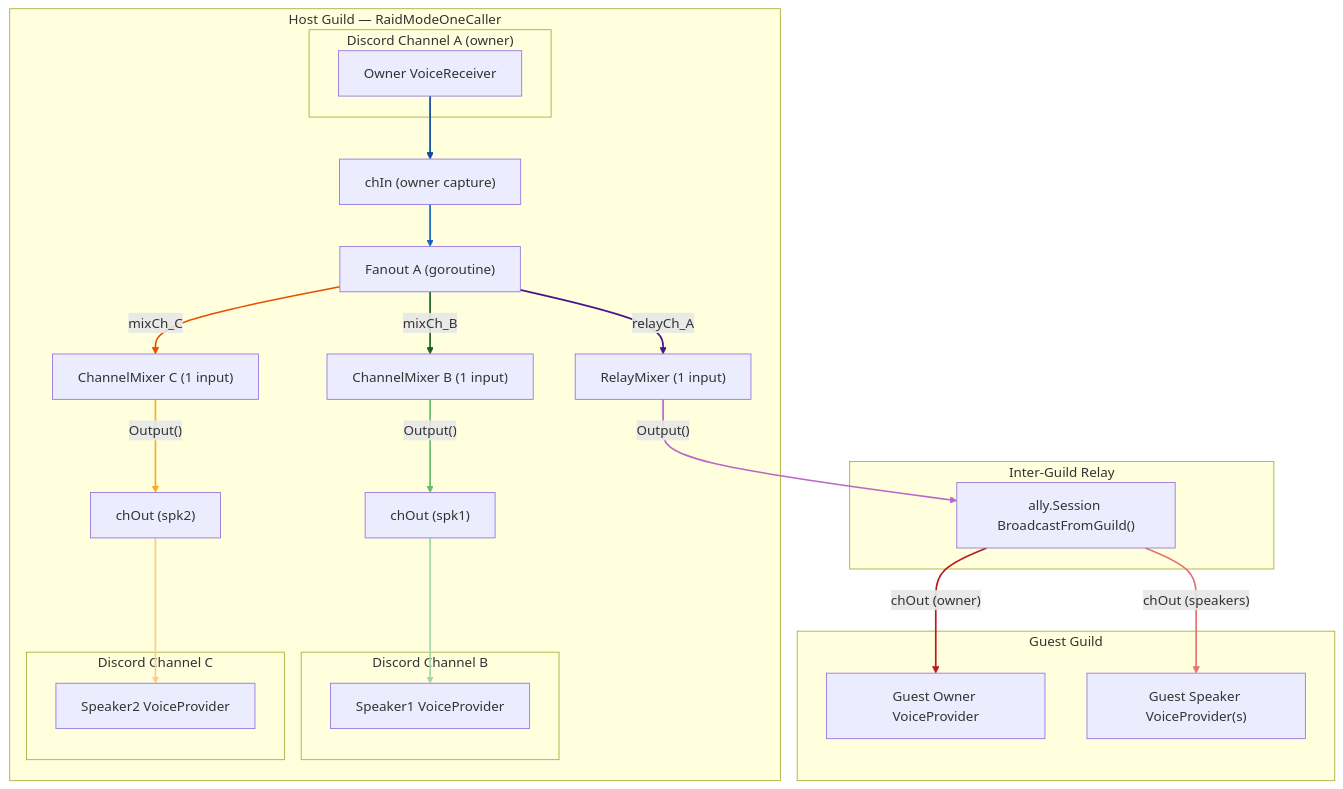
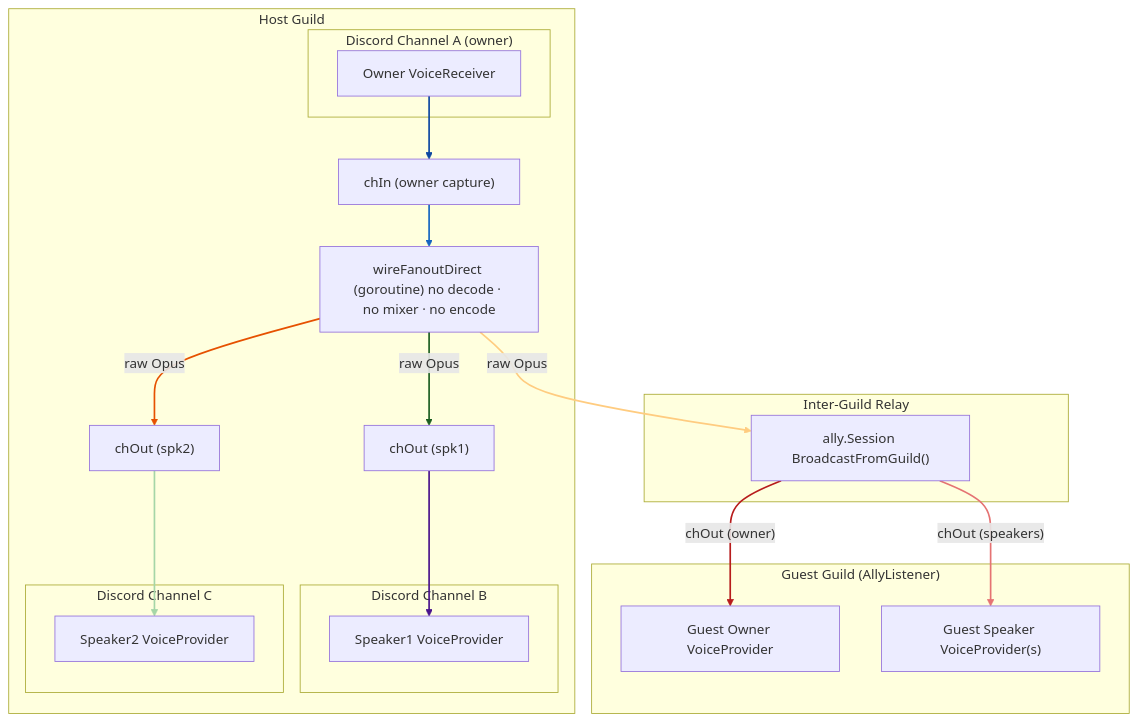
Before and after one commit to sealbro/go-discord-caller: the first of 5 diagrams in VOICE_FLOW.md, drawn with Mermaid. The commit also changed other lines of this file and 5 other files, not shown here.

Commit message:
feat: optimize audio flow by implementing direct passthrough and star topology for voice raids

````diff
--- a/VOICE_FLOW.md
+++ b/VOICE_FLOW.md
@@ -11,6 +13,6 @@
 ```mermaid
 flowchart TD
-    subgraph HOST_GUILD["Host Guild — RaidModeOneCaller"]
+    subgraph HOST_GUILD["Host Guild"]
         subgraph ChA["Discord Channel A (owner)"]
             OwnerVR["Owner VoiceReceiver"]
         end
@@ -24,22 +26,14 @@
         chIn["chIn (owner capture)"]
         OwnerVR --> chIn
 
-        FanA["Fanout A (goroutine)"]
-        chIn --> FanA
-
-        MixB["ChannelMixer B (1 input)"]
-        MixC["ChannelMixer C (1 input)"]
-        RelayMix["RelayMixer (1 input)"]
-
-        FanA -- "mixCh_B"   --> MixB
-        FanA -- "mixCh_C"   --> MixC
-        FanA -- "relayCh_A" --> RelayMix
+        Direct["wireFanoutDirect (goroutine) no decode · no mixer · no encode"]
+        chIn --> Direct
 
         chOutB["chOut (spk1)"]
         chOutC["chOut (spk2)"]
 
-        MixB -- "Output()" --> chOutB
-        MixC -- "Output()" --> chOutC
+        Direct -- "raw Opus" --> chOutB
+        Direct -- "raw Opus" --> chOutC
 
         chOutB --> Spk1VP
         chOutC --> Spk2VP
@@ -47,10 +41,10 @@
 
     subgraph RELAY["Inter-Guild Relay"]
         AllySession["ally.Session BroadcastFromGuild()"]
-        RelayMix -- "Output()" --> AllySession
+        Direct -- "raw Opus" --> AllySession
     end
 
-    subgraph GUEST_GUILD["Guest Guild"]
+    subgraph GUEST_GUILD["Guest Guild (AllyListener)"]
         GuestOwnerVP["Guest Owner VoiceProvider"]
         GuestSpkVP["Guest Speaker VoiceProvider(s)"]
         AllySession -- "chOut (owner)"    --> GuestOwnerVP
@@ -59,37 +53,31 @@
 
     %% link indices:
     %%  0  : OwnerVR → chIn
-    %%  1  : chIn → FanA
-    %%  2  : FanA → MixB
-    %%  3  : FanA → MixC
-    %%  4  : FanA → RelayMix
-    %%  5  : MixB → chOutB
-    %%  6  : MixC → chOutC
-    %%  7  : chOutB → Spk1VP
-    %%  8  : chOutC → Spk2VP
-    %%  9  : RelayMix → AllySession
-    %%  10 : AllySession → GuestOwnerVP
-    %%  11 : AllySession → GuestSpkVP
+    %%  1  : chIn → Direct
+    %%  2  : Direct → chOutB (raw Opus)
+    %%  3  : Direct → chOutC (raw Opus)
+    %%  4  : Direct → AllySession (raw Opus)
+    %%  5  : chOutB → Spk1VP
+    %%  6  : chOutC → Spk2VP
+    %%  7  : AllySession → GuestOwnerVP
+    %%  8  : AllySession → GuestSpkVP
 
     %% Owner capture path — blue shades, dark→light
     linkStyle 0 stroke:#0d47a1,stroke-width:2px
     linkStyle 1 stroke:#1565c0,stroke-width:2px
 
-    %% Fanout → ChannelMixer B — green shades
+    %% Direct → Speaker B — green shades
     linkStyle 2 stroke:#1b5e20,stroke-width:2px
-    linkStyle 5 stroke:#66bb6a,stroke-width:2px
-    linkStyle 7 stroke:#a5d6a7,stroke-width:2px
+    linkStyle 5 stroke:#a5d6a7,stroke-width:2px
 
-    %% Fanout → ChannelMixer C — orange shades
+    %% Direct → Speaker C — orange shades
     linkStyle 3 stroke:#e65100,stroke-width:2px
-    linkStyle 6 stroke:#ffa726,stroke-width:2px
-    linkStyle 8 stroke:#ffcc80,stroke-width:2px
+    linkStyle 6 stroke:#ffcc80,stroke-width:2px
 
     %% Relay path — purple shades
-    linkStyle 4  stroke:#4a148c,stroke-width:2px
-    linkStyle 9  stroke:#ba68c8,stroke-width:2px
+    linkStyle 4 stroke:#4a148c,stroke-width:2px
 
     %% Guest delivery — red shades
-    linkStyle 10 stroke:#b71c1c,stroke-width:2px
-    linkStyle 11 stroke:#e57373,stroke-width:2px
+    linkStyle 7 stroke:#b71c1c,stroke-width:2px
+    linkStyle 8 stroke:#e57373,stroke-width:2px
 ```
````
